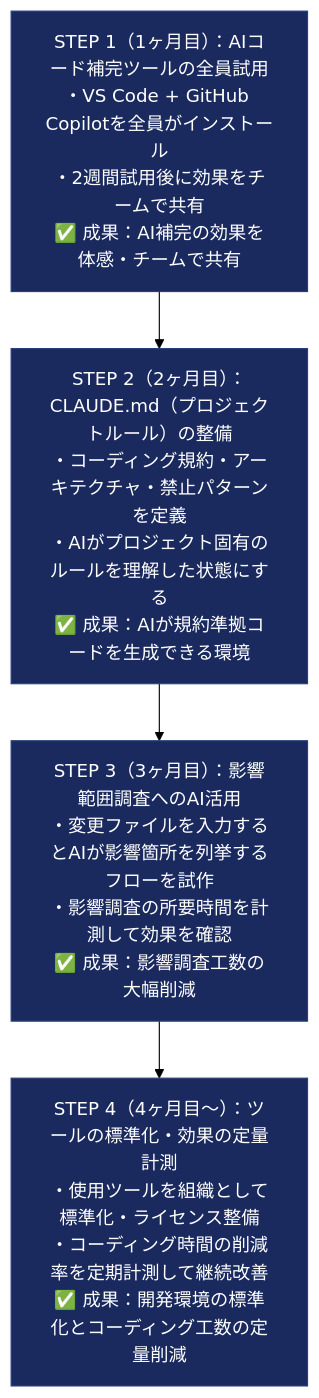
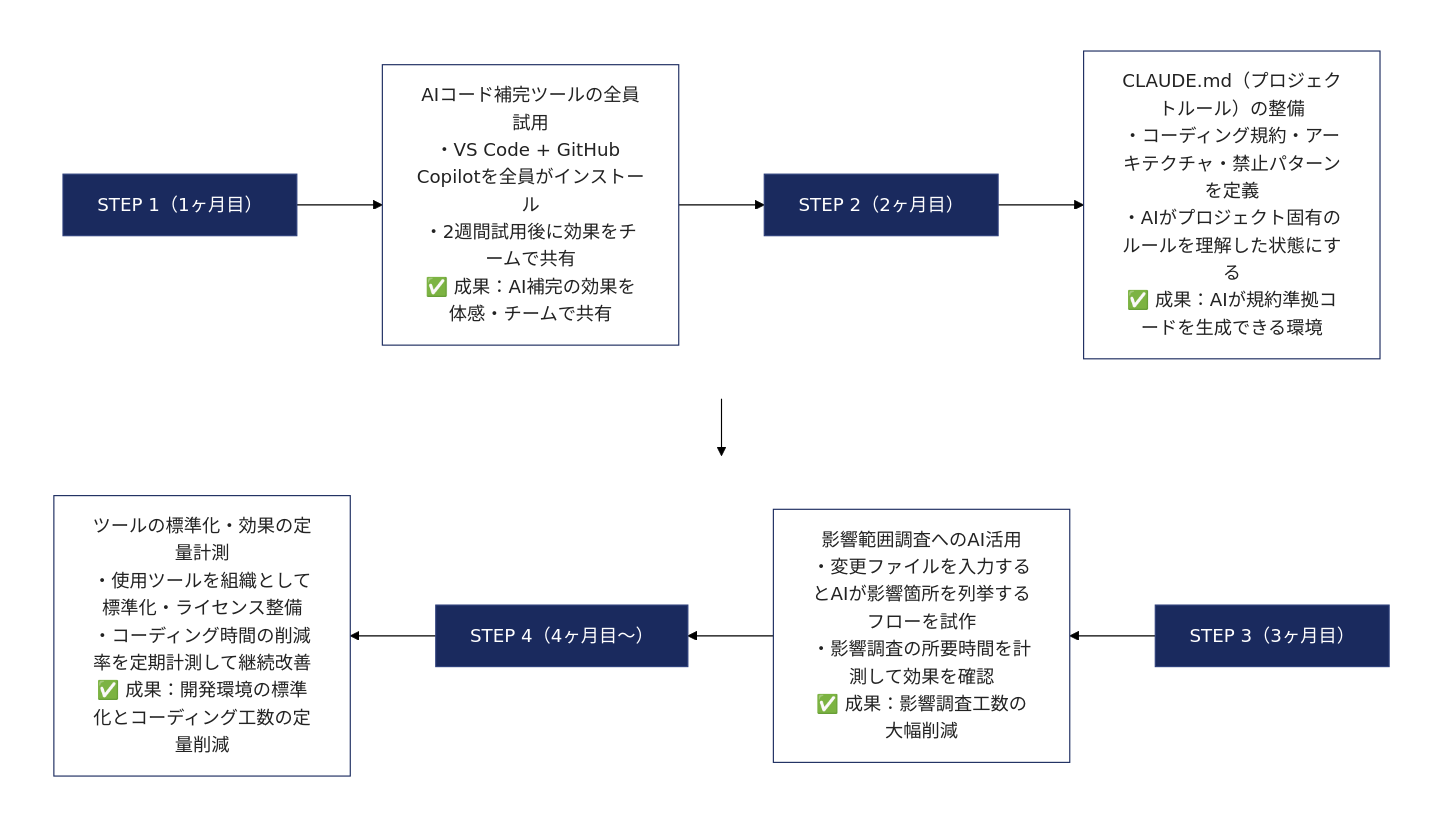
One commit to Kengo55555/My_Study changed the fourth of 10 diagrams in AI_Idea/AI_ADOPTION_PROPOSAL.md. Above: the diagram before and after it, drawn with Mermaid (forest theme). The commit also changed other lines of this file and 1 other file, not shown here.

Commit message:
Refactor proposal: bullet points, コ字 Mermaid layout, navy titles / white content nodes

````diff
--- a/AI_Idea/AI_ADOPTION_PROPOSAL.md
+++ b/AI_Idea/AI_ADOPTION_PROPOSAL.md
@@ -152,10 +196,22 @@
 ```mermaid
 flowchart TD
-    S1["STEP 1（1ヶ月目）：AIコード補完ツールの全員試用<br/>・VS Code + GitHub Copilotを全員がインストール<br/>・2週間試用後に効果をチームで共有<br/>✅ 成果：AI補完の効果を体感・チームで共有"]
-    S2["STEP 2（2ヶ月目）：CLAUDE.md（プロジェクトルール）の整備<br/>・コーディング規約・アーキテクチャ・禁止パターンを定義<br/>・AIがプロジェクト固有のルールを理解した状態にする<br/>✅ 成果：AIが規約準拠コードを生成できる環境"]
-    S3["STEP 3（3ヶ月目）：影響範囲調査へのAI活用<br/>・変更ファイルを入力するとAIが影響箇所を列挙するフローを試作<br/>・影響調査の所要時間を計測して効果を確認<br/>✅ 成果：影響調査工数の大幅削減"]
-    S4["STEP 4（4ヶ月目〜）：ツールの標準化・効果の定量計測<br/>・使用ツールを組織として標準化・ライセンス整備<br/>・コーディング時間の削減率を定期計測して継続改善<br/>✅ 成果：開発環境の標準化とコーディング工数の定量削減"]
-    S1 --> S2 --> S3 --> S4
-    classDef stepNode fill:#1a2a5e,stroke:#2c3e7a,color:#fff
-    class S1,S2,S3,S4 stepNode
+    subgraph row1[" "]
+        direction LR
+        T1["STEP 1（1ヶ月目）"] --> C1["AIコード補完ツールの全員試用<br/>・VS Code + GitHub Copilotを全員がインストール<br/>・2週間試用後に効果をチームで共有<br/>✅ 成果：AI補完の効果を体感・チームで共有"]
+        C1 --> T2["STEP 2（2ヶ月目）"]
+        T2 --> C2["CLAUDE.md（プロジェクトルール）の整備<br/>・コーディング規約・アーキテクチャ・禁止パターンを定義<br/>・AIがプロジェクト固有のルールを理解した状態にする<br/>✅ 成果：AIが規約準拠コードを生成できる環境"]
+    end
+    subgraph row2[" "]
+        direction RL
+        T3["STEP 3（3ヶ月目）"] --> C3["影響範囲調査へのAI活用<br/>・変更ファイルを入力するとAIが影響箇所を列挙するフローを試作<br/>・影響調査の所要時間を計測して効果を確認<br/>✅ 成果：影響調査工数の大幅削減"]
+        C3 --> T4["STEP 4（4ヶ月目〜）"]
+        T4 --> C4["ツールの標準化・効果の定量計測<br/>・使用ツールを組織として標準化・ライセンス整備<br/>・コーディング時間の削減率を定期計測して継続改善<br/>✅ 成果：開発環境の標準化とコーディング工数の定量削減"]
+    end
+    C2 --> T3
+    style row1 fill:transparent,stroke:transparent,color:transparent
+    style row2 fill:transparent,stroke:transparent,color:transparent
+    classDef title fill:#1a2a5e,stroke:#2c3e7a,color:#fff
+    classDef content fill:#fff,stroke:#1a2a5e,color:#222
+    class T1,T2,T3,T4 title
+    class C1,C2,C3,C4 content
 ```
````
